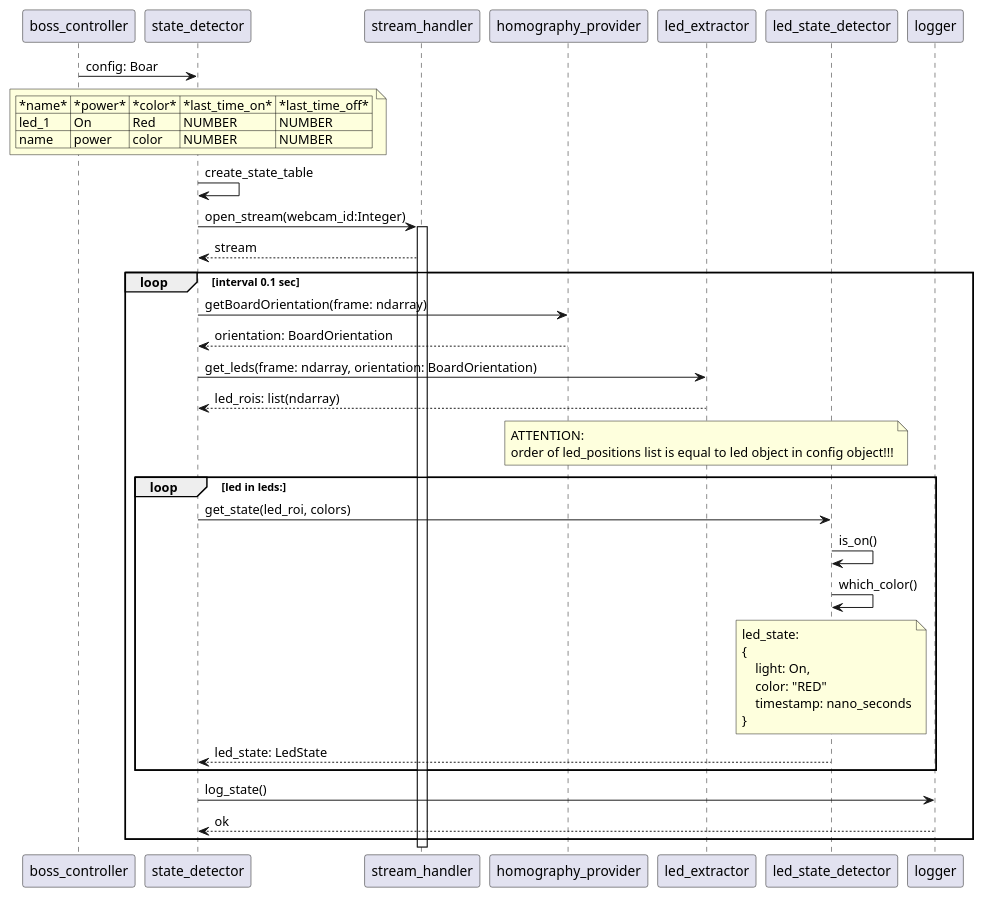
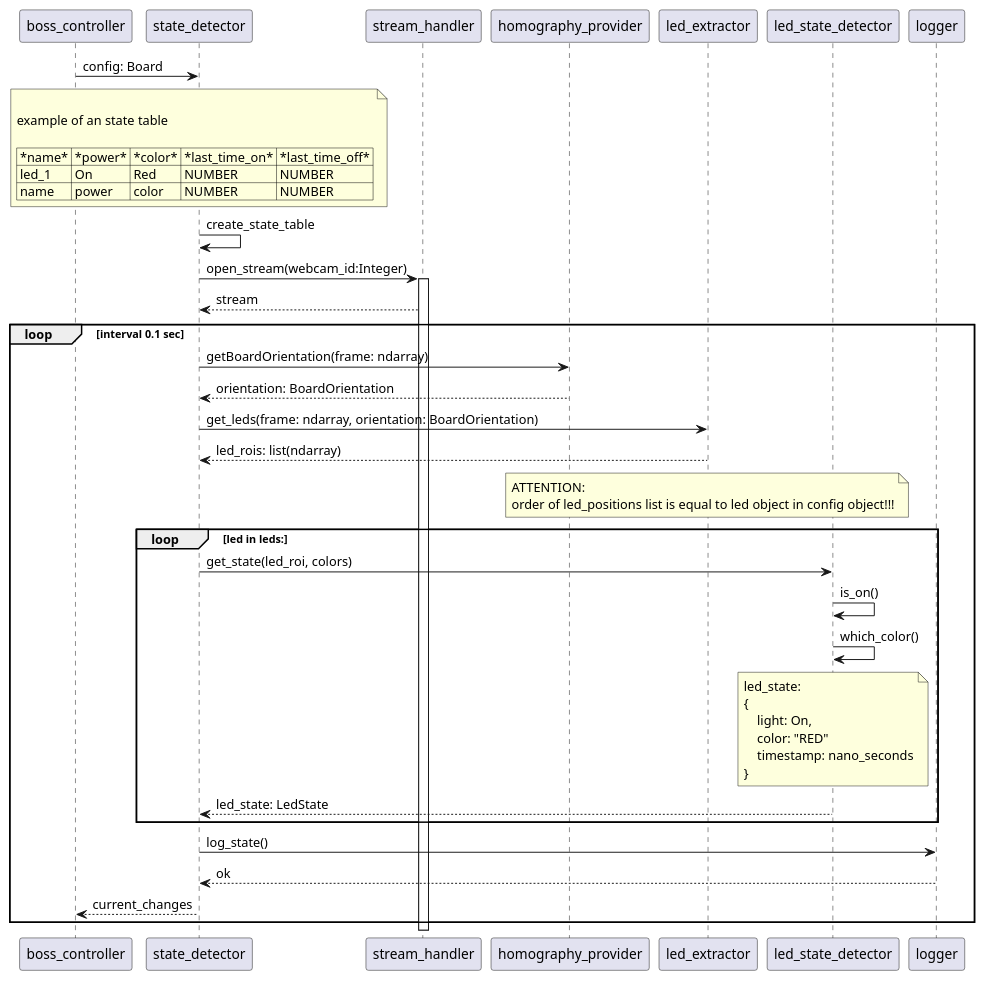
One commit to SE-Projekt-LED-Detection/LED-Detection changed the diagram in docs/source/uml/State_Detector_Sequence.puml. Above: the diagram before and after it, drawn with PlantUML. The commit also changed 4 other files, not shown here.

```diff
--- a/docs/source/uml/State_Detector_Sequence.puml
+++ b/docs/source/uml/State_Detector_Sequence.puml
@@ -1,41 +1,45 @@
 @startuml
-boss_controller -> state_detector: config: Boar
+boss_controller -> state_detector: config: Board
 note over state_detector
+
+     example of an state table
+
      | *name* | *power* | *color* | *last_time_on* | *last_time_off* |
      | led_1 | On | Red | NUMBER | NUMBER |
      | name | power | color | NUMBER | NUMBER |
 end note
 state_detector -> state_detector: create_state_table
 state_detector -> stream_handler: open_stream(webcam_id:Integer)
 activate stream_handler
 stream_handler --> state_detector: stream
 loop interval 0.1 sec
     state_detector -> homography_provider: getBoardOrientation(frame: ndarray)
     homography_provider --> state_detector: orientation: BoardOrientation
     state_detector -> led_extractor: get_leds(frame: ndarray, orientation: BoardOrientation)
     led_extractor --> state_detector: led_rois: list(ndarray) 
     note over led_extractor
         ATTENTION: 
         order of led_positions list is equal to led object in config object!!!
     end note
     loop led in leds:
         state_detector -> led_state_detector: get_state(led_roi, colors)
         led_state_detector -> led_state_detector: is_on()
         led_state_detector -> led_state_detector: which_color()
         note over led_state_detector
             led_state: 
             {
                 light: On,
                 color: "RED"
                 timestamp: nano_seconds
             }
         end note
         led_state_detector --> state_detector: led_state: LedState
     end
     state_detector -> logger: log_state()
     logger --> state_detector: ok
+    state_detector --> boss_controller: current_changes
 end
 
 
 
 @enduml
```
